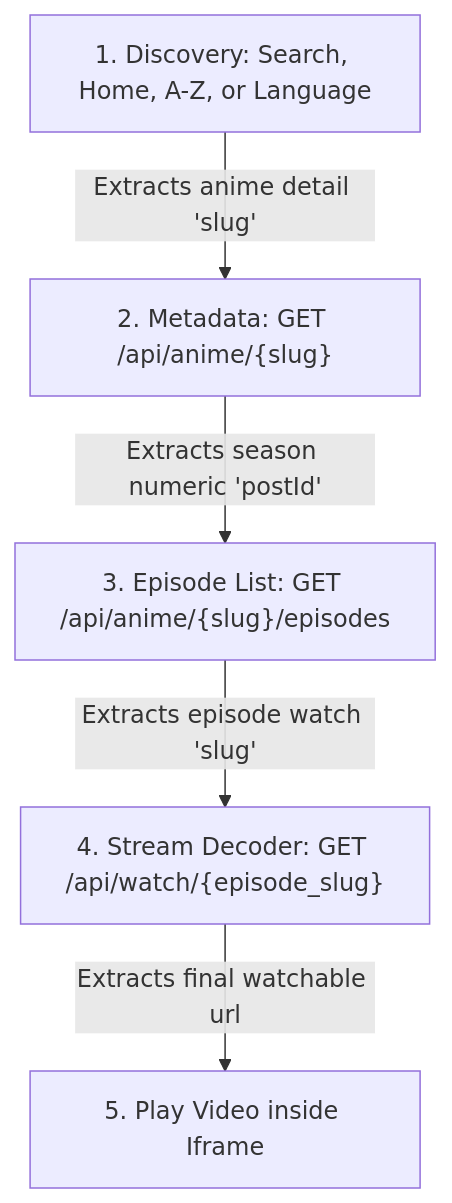
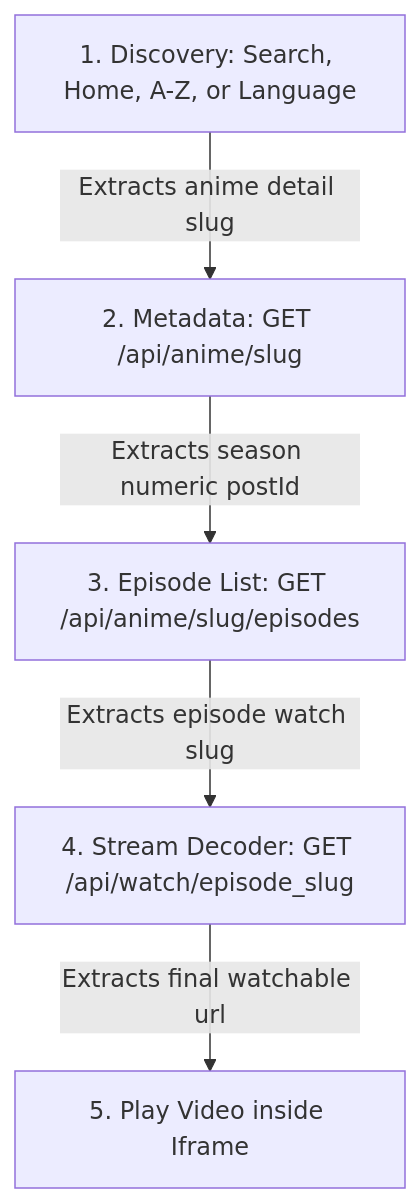
One commit to solo12345689/DesiDubAnime-api changed the diagram in README.md. Above: the diagram before and after it, drawn with Mermaid.

Commit message:
Simplify Mermaid diagram labels in README
Clean up the README's Mermaid flowchart for readability: replace quoted node labels with simpler bracket labels and show endpoint placeholders (e.g. /api/anime/slug, /api/watch/episode_slug). Removes extra quotes around variable names for clearer visualization.

````diff
--- a/README.md
+++ b/README.md
@@ -33,7 +33,7 @@
 ```mermaid
 graph TD
-    A["1. Discovery: Search, Home, A-Z, or Language"] -->|Extracts anime detail 'slug'| B["2. Metadata: GET /api/anime/{slug}"]
-    B -->|Extracts season numeric 'postId'| C["3. Episode List: GET /api/anime/{slug}/episodes"]
-    C -->|Extracts episode watch 'slug'| D["4. Stream Decoder: GET /api/watch/{episode_slug}"]
-    D -->|Extracts final watchable url| E["5. Play Video inside Iframe"]
+    A[1. Discovery: Search, Home, A-Z, or Language] -->|Extracts anime detail slug| B[2. Metadata: GET /api/anime/slug]
+    B -->|Extracts season numeric postId| C[3. Episode List: GET /api/anime/slug/episodes]
+    C -->|Extracts episode watch slug| D[4. Stream Decoder: GET /api/watch/episode_slug]
+    D -->|Extracts final watchable url| E[5. Play Video inside Iframe]
 ```
````
